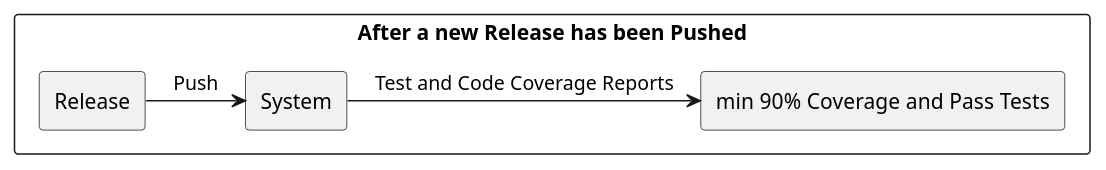
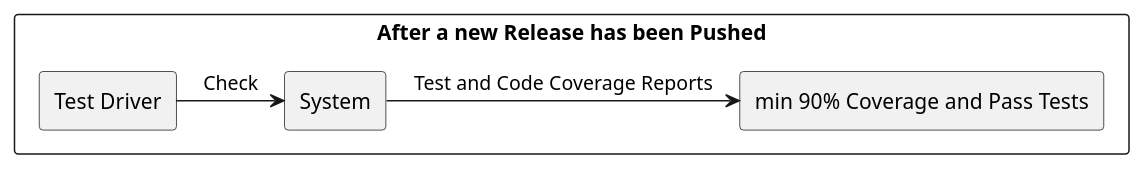
Before and after one commit to USI-MSDE-SA-2023/sa--edoriggio: the second of 11 diagrams in src/sa/model/index.md, drawn with PlantUML. The commit also changed other lines of this file, not shown here.

Commit message:
exercise 2 complete, please check

````diff
--- a/src/sa/model/index.md
+++ b/src/sa/model/index.md
@@ -139,20 +139,20 @@
 ```puml
 @startuml
 
 skinparam componentStyle rectangle
 skinparam monochrome true
 skinparam shadowing false
 
 rectangle "After a new Release has been Pushed" {
 
-rectangle "Release" as Source
+rectangle "Test Driver" as Source
 rectangle "min 90% Coverage and Pass Tests" as Measure
 
-Source -> [System] : "Push"
+Source -> [System] : "Check"
 
 [System] -> [Measure] : "Test and Code Coverage Reports"
 
 }
 
 @enduml
 ```
````
